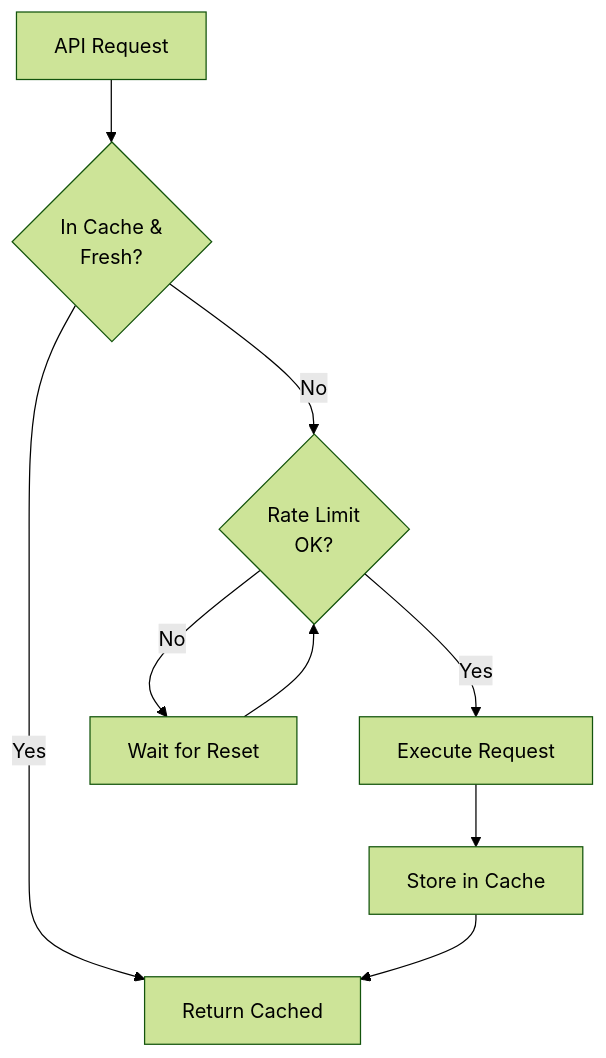
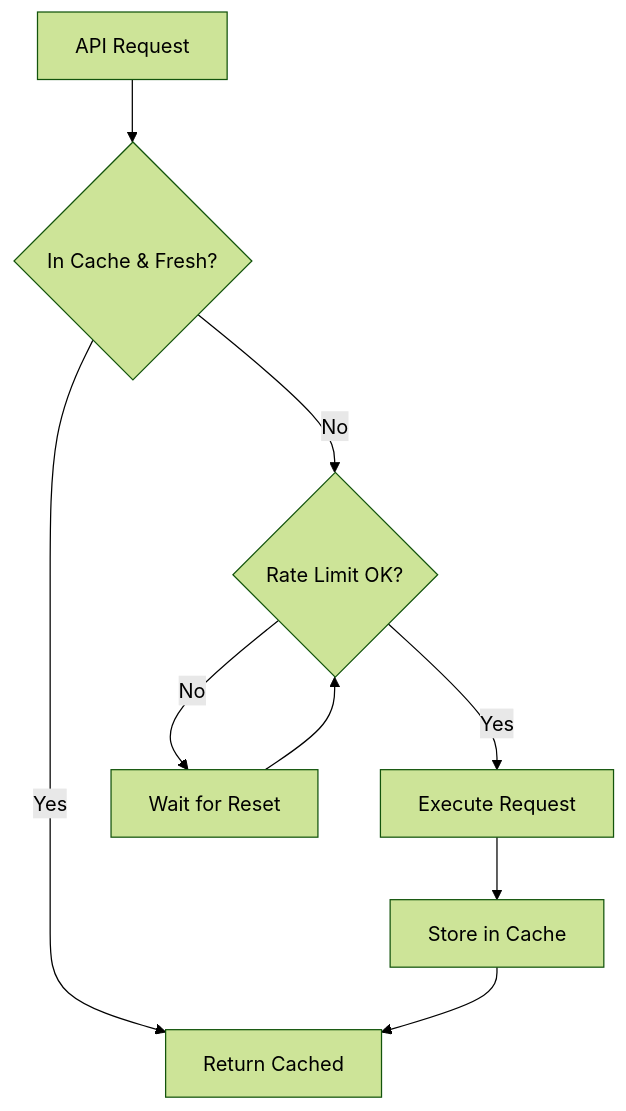
Before and after one commit to softwarewrighter/overall: the eighth of 8 diagrams in wiki/GitHub-Integration.md, drawn with Mermaid (forest theme). The commit also changed other lines of this file and 4 other files, not shown here.

First line of the commit message:
Fix wiki Mermaid diagrams: remove <br/> tags

````diff
--- a/wiki/GitHub-Integration.md
+++ b/wiki/GitHub-Integration.md
@@ -576,15 +576,15 @@
 ```mermaid
 graph TB
-    Start[API Request] --> Cache{In Cache &<br/>Fresh?}
+    Start[API Request] --> Cache{In Cache & Fresh?}
 
     Cache -->|Yes| Return[Return Cached]
-    Cache -->|No| Check{Rate Limit<br/>OK?}
+    Cache -->|No| Check{Rate Limit OK?}
 
     Check -->|Yes| Fetch[Execute Request]
     Check -->|No| Wait[Wait for Reset]
 
     Fetch --> Store[Store in Cache]
     Store --> Return
 
     Wait --> Check
 ```
````
